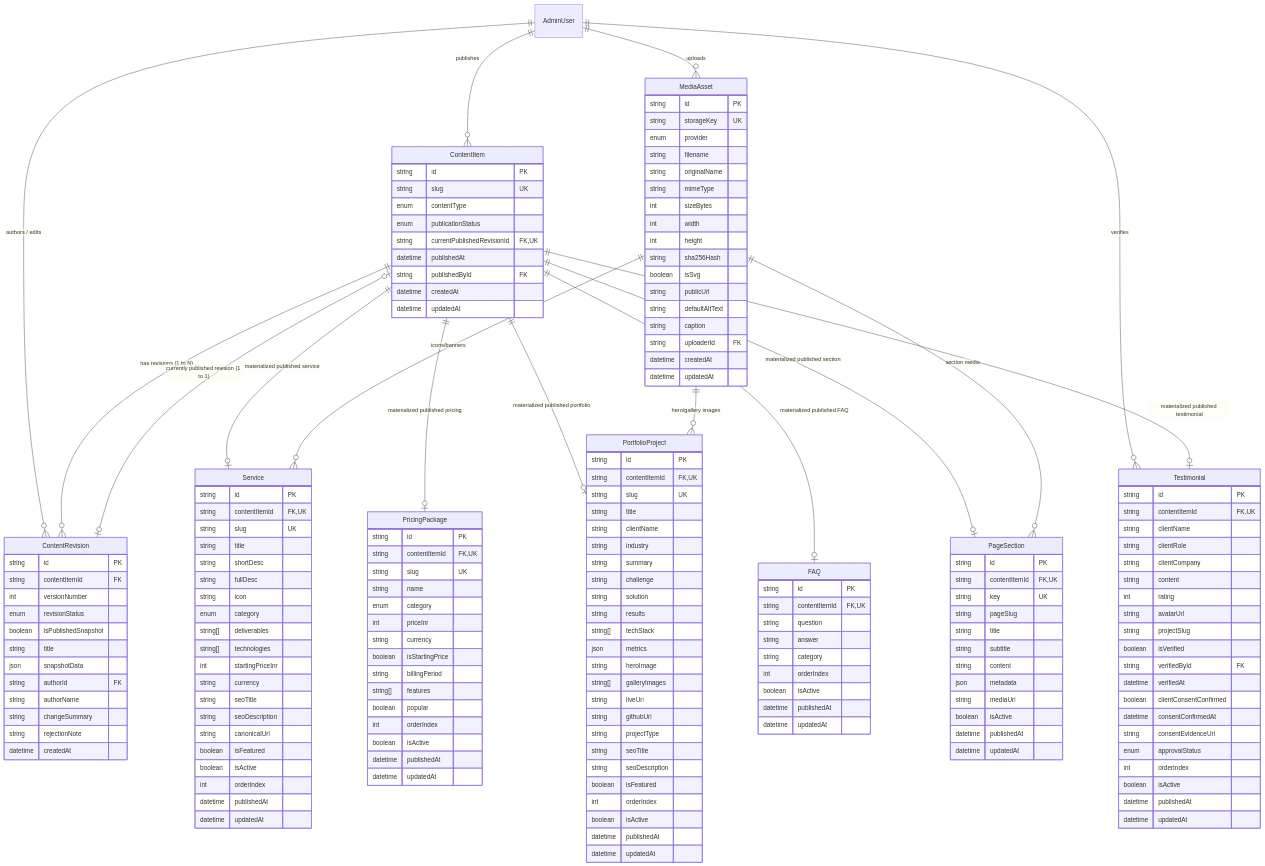
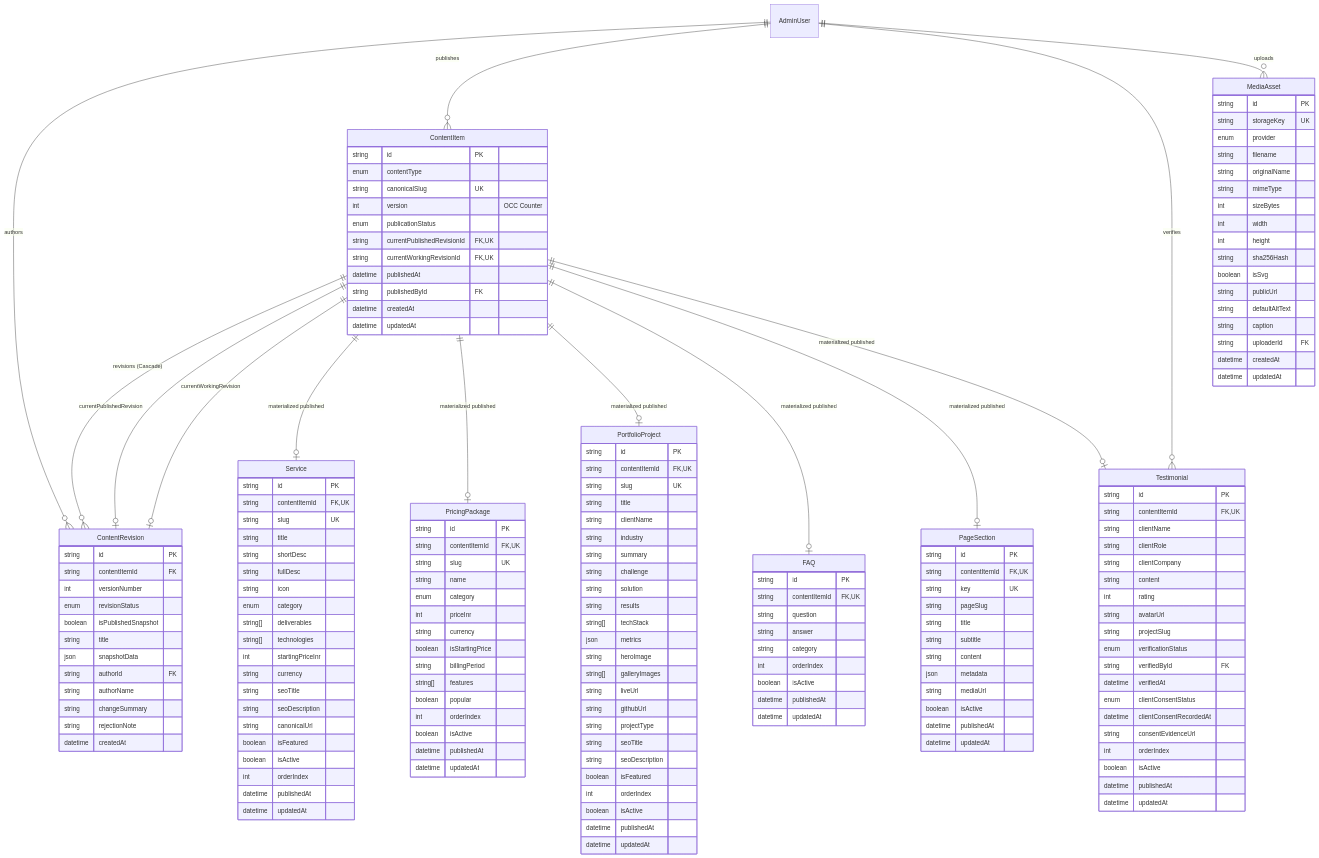
Before and after one commit to void-tech-shiv/Voidtechsolution: the diagram in docs/architecture/CMS_DATABASE_DESIGN.md, drawn with Mermaid. The commit also changed other lines of this file and 11 other files, not shown here.

Commit message:
docs(phase-10.0.2): incorporate final CMS implementation safeguards and freeze architecture

````diff
--- a/docs/architecture/CMS_DATABASE_DESIGN.md
+++ b/docs/architecture/CMS_DATABASE_DESIGN.md
@@ -25,30 +27,28 @@
 ```mermaid
 erDiagram
-    AdminUser ||--o{ ContentRevision : "authors / edits"
+    AdminUser ||--o{ ContentRevision : "authors"
     AdminUser ||--o{ ContentItem : "publishes"
     AdminUser ||--o{ Testimonial : "verifies"
     AdminUser ||--o{ MediaAsset : "uploads"
 
-    ContentItem ||--o{ ContentRevision : "has revisions (1 to N)"
-    ContentItem |o--o| ContentRevision : "currently published revision (1 to 1)"
-    
-    ContentItem ||--o| Service : "materialized published service"
-    ContentItem ||--o| PricingPackage : "materialized published pricing"
-    ContentItem ||--o| PortfolioProject : "materialized published portfolio"
-    ContentItem ||--o| FAQ : "materialized published FAQ"
-    ContentItem ||--o| PageSection : "materialized published section"
-    ContentItem ||--o| Testimonial : "materialized published testimonial"
-
-    MediaAsset ||--o{ PortfolioProject : "hero/gallery images"
-    MediaAsset ||--o{ Service : "icons/banners"
-    MediaAsset ||--o{ PageSection : "section media"
+    ContentItem ||--o{ ContentRevision : "revisions (Cascade)"
+    ContentItem ||--o| ContentRevision : "currentPublishedRevision"
+    ContentItem ||--o| ContentRevision : "currentWorkingRevision"
+    ContentItem ||--o| Service : "materialized published"
+    ContentItem ||--o| PricingPackage : "materialized published"
+    ContentItem ||--o| PortfolioProject : "materialized published"
+    ContentItem ||--o| FAQ : "materialized published"
+    ContentItem ||--o| PageSection : "materialized published"
+    ContentItem ||--o| Testimonial : "materialized published"
 
     ContentItem {
         string id PK
-        string slug UK
         enum contentType
+        string canonicalSlug UK
+        int version "OCC Counter"
         enum publicationStatus
         string currentPublishedRevisionId FK, UK
+        string currentWorkingRevisionId FK, UK
         datetime publishedAt
         string publishedById FK
         datetime createdAt
@@ -175,13 +175,12 @@
         int rating
         string avatarUrl
         string projectSlug
-        boolean isVerified
+        enum verificationStatus
         string verifiedById FK
         datetime verifiedAt
-        boolean clientConsentConfirmed
-        datetime consentConfirmedAt
+        enum clientConsentStatus
+        datetime clientConsentRecordedAt
         string consentEvidenceUrl
-        enum approvalStatus
         int orderIndex
         boolean isActive
         datetime publishedAt
````
